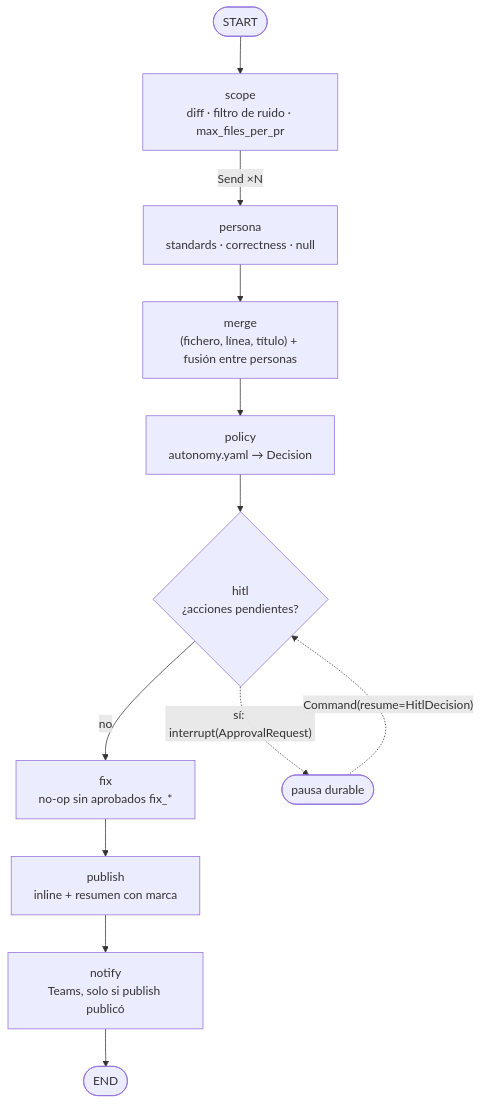
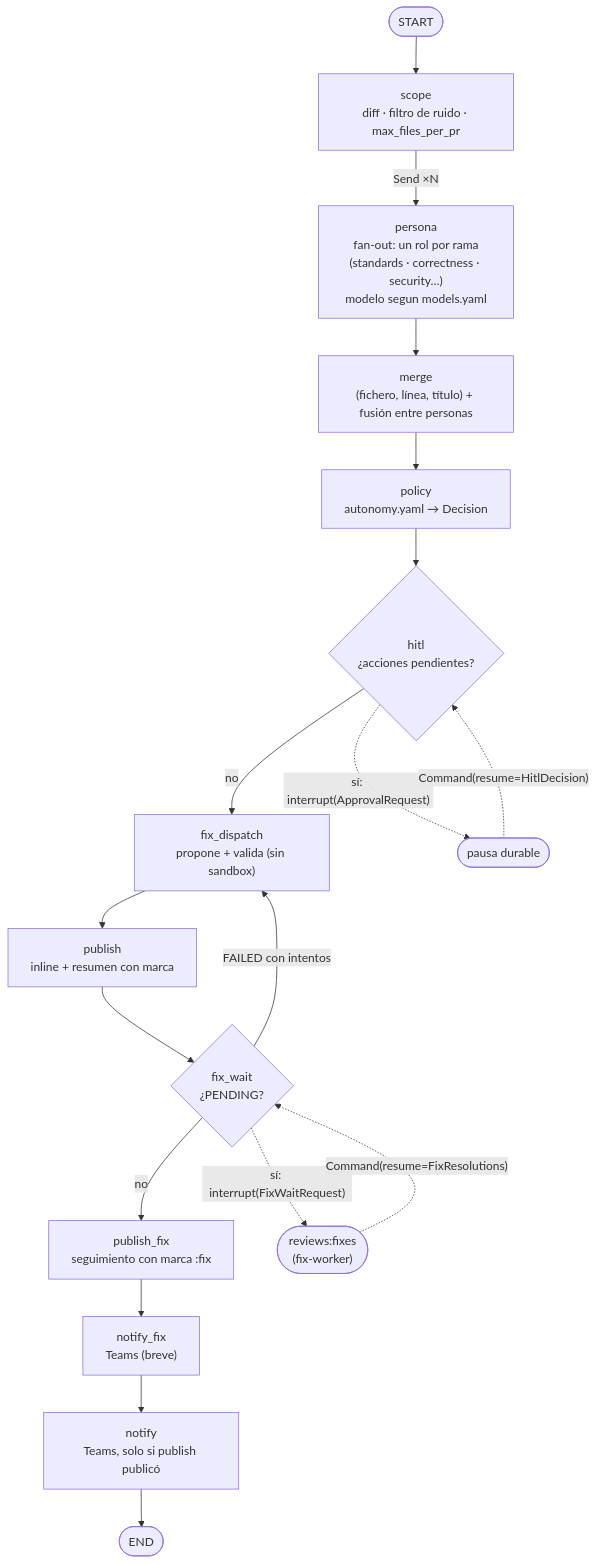
The third of 6 diagrams in docs/arquitectura.md (pcgarat/agent-review-langgraph), drawn with Mermaid before and after one commit. The commit also changed other lines of this file and 50 other files, not shown here.

````diff
--- a/docs/arquitectura.md
+++ b/docs/arquitectura.md
@@ -85,14 +119,20 @@
 ```mermaid
 flowchart TD
     START([START]) --> scope
     scope["scope<br/>diff · filtro de ruido · max_files_per_pr"] -->|"Send ×N"| persona
-    persona["persona<br/>standards · correctness · null"] --> merge
+    persona["persona<br/>fan-out: un rol por rama<br/>(standards · correctness · security…)<br/>modelo segun models.yaml"] --> merge
     merge["merge<br/>(fichero, línea, título) + fusión entre personas"] --> policy
     policy["policy<br/>autonomy.yaml → Decision"] --> hitl
-    hitl{"hitl<br/>¿acciones pendientes?"} -->|no| fix
+    hitl{"hitl<br/>¿acciones pendientes?"} -->|no| fix_dispatch
     hitl -.->|"sí: interrupt(ApprovalRequest)"| PAUSE(["pausa durable"])
     PAUSE -.->|"Command(resume=HitlDecision)"| hitl
-    fix["fix<br/>no-op sin aprobados fix_*"] --> publish
-    publish["publish<br/>inline + resumen con marca"] --> notify
+    fix_dispatch["fix_dispatch<br/>propone + valida (sin sandbox)"] --> publish
+    publish["publish<br/>inline + resumen con marca"] --> fix_wait
+    fix_wait{"fix_wait<br/>¿PENDING?"} -->|no| publish_fix
+    fix_wait -.->|"sí: interrupt(FixWaitRequest)"| FIXPAUSE(["reviews:fixes<br/>(fix-worker)"])
+    FIXPAUSE -.->|"Command(resume=FixResolutions)"| fix_wait
+    fix_wait -->|"FAILED con intentos"| fix_dispatch
+    publish_fix["publish_fix<br/>seguimiento con marca :fix"] --> notify_fix
+    notify_fix["notify_fix<br/>Teams (breve)"] --> notify
     notify["notify<br/>Teams, solo si publish publicó"] --> END([END])
 ```
````
